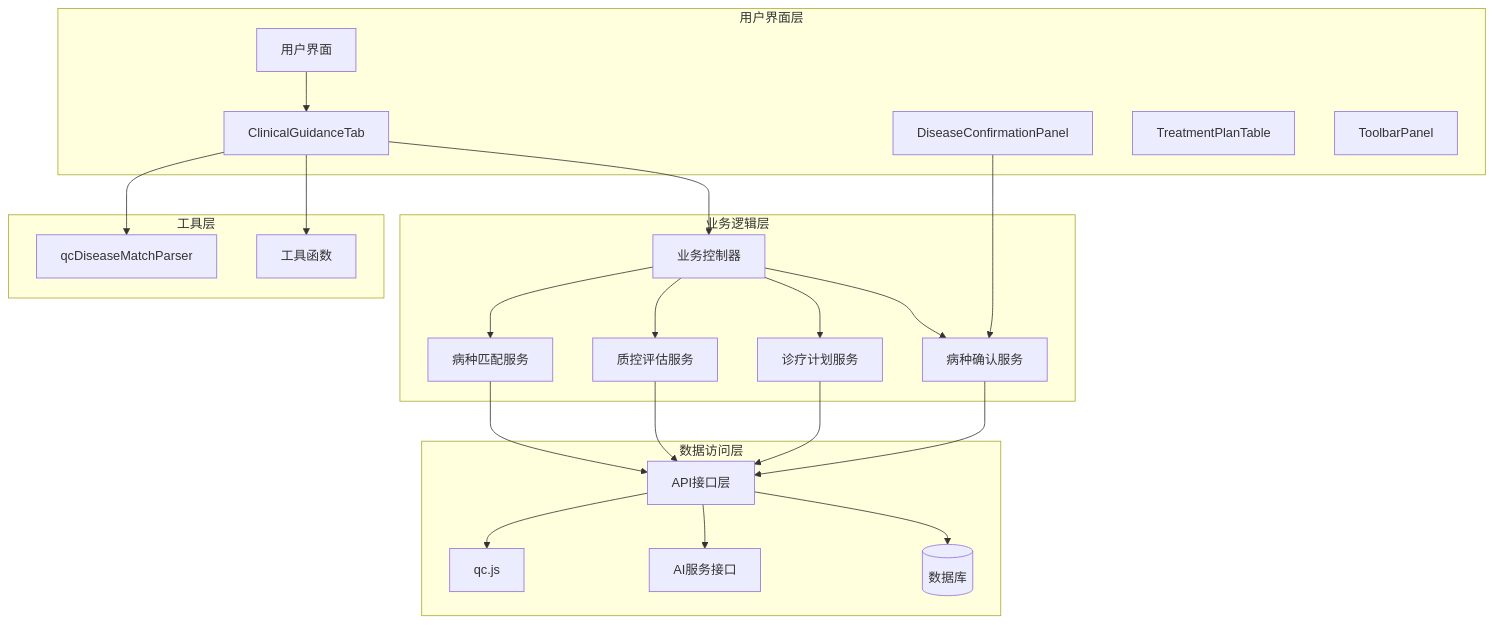
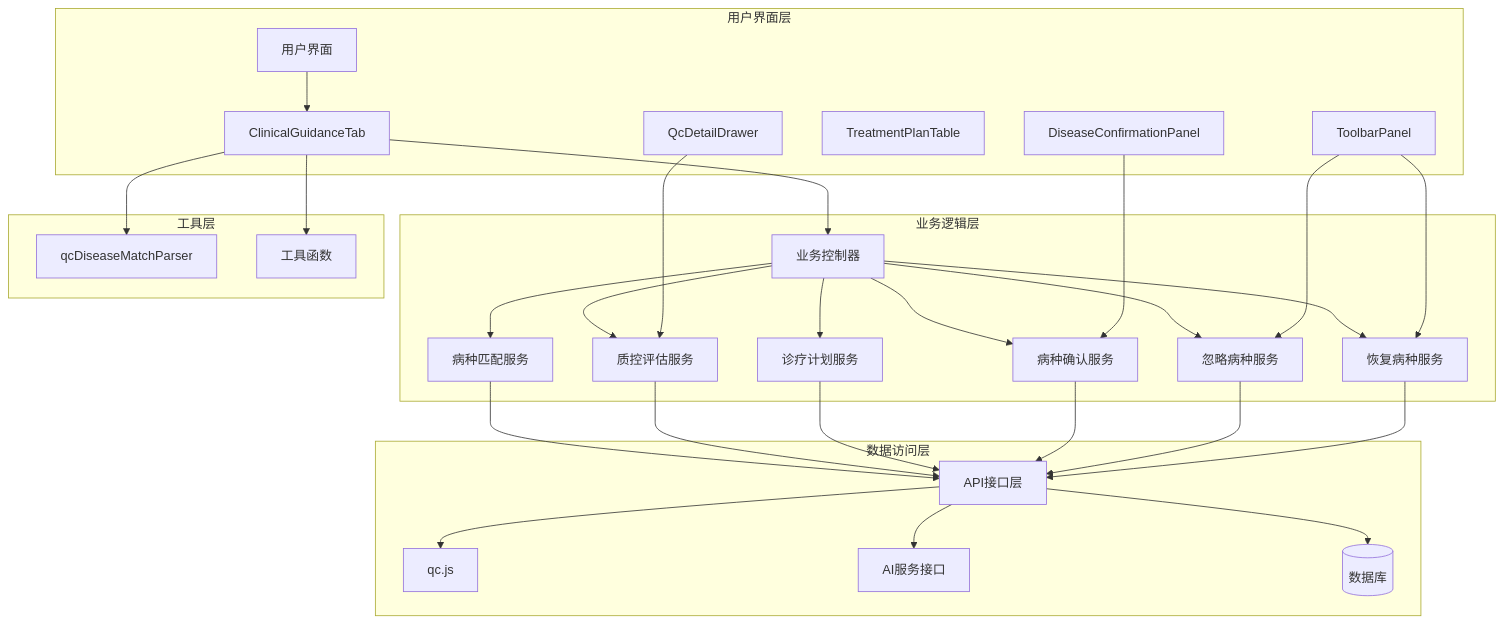
The second of 14 diagrams in .qoder/repowiki/zh/content/临床指引Tab.md (liuzh2008/med_ai_assistant_workspace), drawn with Mermaid before and after one commit. The commit also changed other lines of this file and 5 other files, not shown here.

````diff
--- a/.qoder/repowiki/zh/content/临床指引Tab.md
+++ b/.qoder/repowiki/zh/content/临床指引Tab.md
@@ -138,43 +177,53 @@
 ```mermaid
 graph TD
 subgraph "用户界面层"
 UI[用户界面]
 CT[ClinicalGuidanceTab]
 DCP[DiseaseConfirmationPanel]
 TP[TreatmentPlanTable]
 TB[ToolbarPanel]
+QCD[QcDetailDrawer]
 end
 subgraph "业务逻辑层"
 BC[业务控制器]
 DM[病种匹配服务]
 QA[质控评估服务]
 TPB[诊疗计划服务]
 CONF[病种确认服务]
+IG[忽略病种服务]
+RES[恢复病种服务]
 end
 subgraph "数据访问层"
 API[API接口层]
 QC[qc.js]
 AI[AI服务接口]
 DB[(数据库)]
 end
 subgraph "工具层"
 PARSER[qcDiseaseMatchParser]
 UTIL[工具函数]
 end
 UI --> CT
 CT --> BC
 BC --> DM
 BC --> QA
 BC --> TPB
 BC --> CONF
+BC --> IG
+BC --> RES
 DM --> API
 QA --> API
 TPB --> API
 CONF --> API
+IG --> API
+RES --> API
 API --> QC
 API --> AI
 API --> DB
 CT --> PARSER
 CT --> UTIL
 DCP --> CONF
+TB --> IG
+TB --> RES
+QCD --> QA
 ```
````
